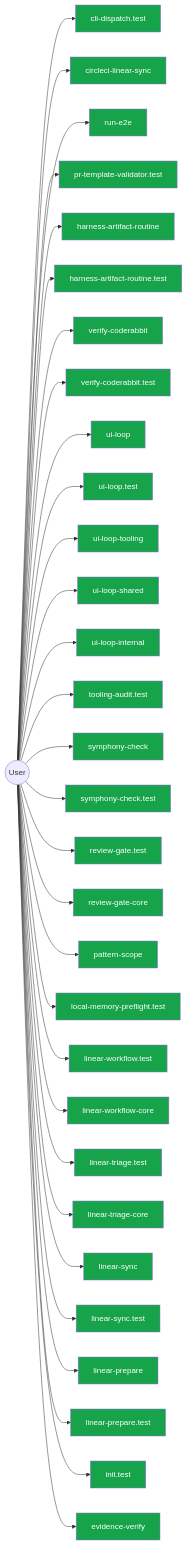
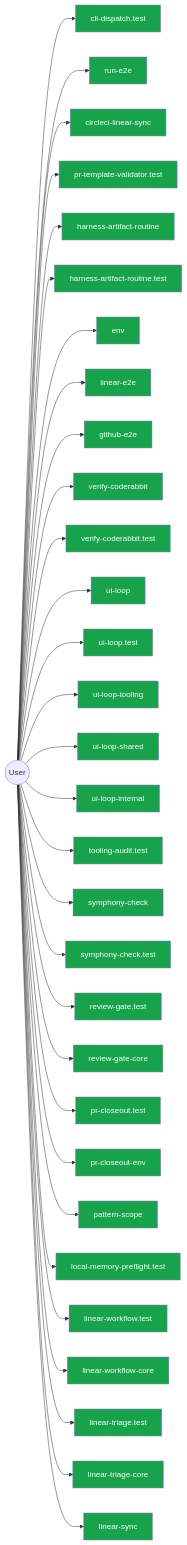
Diagram 14 of 14 in AI/context/diagram-context.md (jscraik/coding-harness), drawn with Mermaid before and after one commit. The commit also changed other lines of this file and 27 other files, not shown here.

````diff
--- a/AI/context/diagram-context.md
+++ b/AI/context/diagram-context.md
@@ -2011,67 +2045,67 @@
 ```mermaid
 flowchart LR
   User(("User"))
   cli_dispatch_test_54c9f17b["cli-dispatch.test"]
   User --> cli_dispatch_test_54c9f17b
+  run_e2e_39efe696["run-e2e"]
+  User --> run_e2e_39efe696
   circleci_linear_sync_19c0d6da["circleci-linear-sync"]
   User --> circleci_linear_sync_19c0d6da
-  run_e2e_39efe696["run-e2e"]
-  User --> run_e2e_39efe696
   pr_template_validator_test_569b1cef["pr-template-validator.test"]
   User --> pr_template_validator_test_569b1cef
   harness_artifact_routine_17afacff["harness-artifact-routine"]
   User --> harness_artifact_routine_17afacff
   harness_artifact_routine_test_299f387d["harness-artifact-routine.test"]
   User --> harness_artifact_routine_test_299f387d
+  env_b77349bf["env"]
+  User --> env_b77349bf
+  linear_e2e_decf3708["linear-e2e"]
+  User --> linear_e2e_decf3708
+  github_e2e_2891a341["github-e2e"]
+  User --> github_e2e_2891a341
   verify_coderabbit_490b4e71["verify-coderabbit"]
   User --> verify_coderabbit_490b4e71
   verify_coderabbit_test_46cfcf29["verify-coderabbit.test"]
   User --> verify_coderabbit_test_46cfcf29
   ui_loop_11660889["ui-loop"]
   User --> ui_loop_11660889
   ui_loop_test_f0eabc42["ui-loop.test"]
   User --> ui_loop_test_f0eabc42
   ui_loop_tooling_12b2d2c7["ui-loop-tooling"]
   User --> ui_loop_tooling_12b2d2c7
   ui_loop_shared_8c83b841["ui-loop-shared"]
   User --> ui_loop_shared_8c83b841
   ui_loop_internal_f2eb8892["ui-loop-internal"]
   User --> ui_loop_internal_f2eb8892
   tooling_audit_test_d2aee28c["tooling-audit.test"]
   User --> tooling_audit_test_d2aee28c
   symphony_check_e97f2ea0["symphony-check"]
   User --> symphony_check_e97f2ea0
   symphony_check_test_6cb33eb2["symphony-check.test"]
   User --> symphony_check_test_6cb33eb2
   review_gate_test_000e2ed6["review-gate.test"]
   User --> review_gate_test_000e2ed6
   review_gate_core_4c8001f9["review-gate-core"]
   User --> review_gate_core_4c8001f9
+  pr_closeout_test_1_be1a0df1["pr-closeout.test"]
+  User --> pr_closeout_test_1_be1a0df1
+  pr_closeout_env_9bfcd9ef["pr-closeout-env"]
+  User --> pr_closeout_env_9bfcd9ef
   pattern_scope_61ff946d["pattern-scope"]
   User --> pattern_scope_61ff946d
   local_memory_preflight_test_5e323bbf["local-memory-preflight.test"]
   User --> local_memory_preflight_test_5e323bbf
   linear_workflow_test_a351dcb0["linear-workflow.test"]
   User --> linear_workflow_test_a351dcb0
   linear_workflow_core_0e19cff4["linear-workflow-core"]
   User --> linear_workflow_core_0e19cff4
   linear_triage_test_1b75a8b8["linear-triage.test"]
   User --> linear_triage_test_1b75a8b8
   linear_triage_core_7cbca73e["linear-triage-core"]
   User --> linear_triage_core_7cbca73e
   linear_sync_a2fa2bf7["linear-sync"]
   User --> linear_sync_a2fa2bf7
-  linear_sync_test_da1e1eab["linear-sync.test"]
-  User --> linear_sync_test_da1e1eab
-  linear_prepare_0c613ba6["linear-prepare"]
-  User --> linear_prepare_0c613ba6
-  linear_prepare_test_678f11a9["linear-prepare.test"]
-  User --> linear_prepare_test_678f11a9
-  init_test_cbba76a6["init.test"]
-  User --> init_test_cbba76a6
-  evidence_verify_3b73c290["evidence-verify"]
-  User --> evidence_verify_3b73c290
   classDef userNode fill:#16a34a,color:#fff
-  class cli_dispatch_test_54c9f17b,circleci_linear_sync_19c0d6da,run_e2e_39efe696,pr_template_validator_test_569b1cef,harness_artifact_routine_17afacff,harness_artifact_routine_test_299f387d,verify_coderabbit_490b4e71,verify_coderabbit_test_46cfcf29,ui_loop_11660889,ui_loop_test_f0eabc42,ui_loop_tooling_12b2d2c7,ui_loop_shared_8c83b841,ui_loop_internal_f2eb8892,tooling_audit_test_d2aee28c,symphony_check_e97f2ea0,symphony_check_test_6cb33eb2,review_gate_test_000e2ed6,review_gate_core_4c8001f9,pattern_scope_61ff946d,local_memory_preflight_test_5e323bbf,linear_workflow_test_a351dcb0,linear_workflow_core_0e19cff4,linear_triage_test_1b75a8b8,linear_triage_core_7cbca73e,linear_sync_a2fa2bf7,linear_sync_test_da1e1eab,linear_prepare_0c613ba6,linear_prepare_test_678f11a9,init_test_cbba76a6,evidence_verify_3b73c290 userNode
+  class cli_dispatch_test_54c9f17b,run_e2e_39efe696,circleci_linear_sync_19c0d6da,pr_template_validator_test_569b1cef,harness_artifact_routine_17afacff,harness_artifact_routine_test_299f387d,env_b77349bf,linear_e2e_decf3708,github_e2e_2891a341,verify_coderabbit_490b4e71,verify_coderabbit_test_46cfcf29,ui_loop_11660889,ui_loop_test_f0eabc42,ui_loop_tooling_12b2d2c7,ui_loop_shared_8c83b841,ui_loop_internal_f2eb8892,tooling_audit_test_d2aee28c,symphony_check_e97f2ea0,symphony_check_test_6cb33eb2,review_gate_test_000e2ed6,review_gate_core_4c8001f9,pr_closeout_test_1_be1a0df1,pr_closeout_env_9bfcd9ef,pattern_scope_61ff946d,local_memory_preflight_test_5e323bbf,linear_workflow_test_a351dcb0,linear_workflow_core_0e19cff4,linear_triage_test_1b75a8b8,linear_triage_core_7cbca73e,linear_sync_a2fa2bf7 userNode
 
 ```
````
